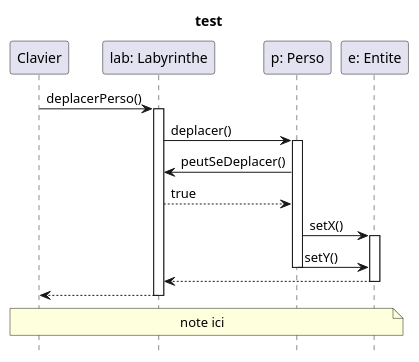
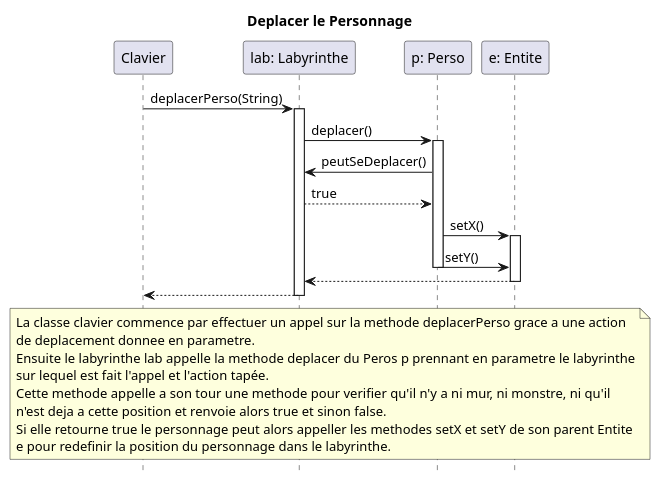
One commit to Erwanquilliou/2024_Zeldiablo_quilliou2u_leveque58u changed the diagram in zeldiablo/documents/version_1/diagseq_deplacer.puml. Above: the diagram before and after it, drawn with PlantUML. The commit also changed 6 other files, not shown here.

```diff
--- a/zeldiablo/documents/version_1/diagseq_deplacer.puml
+++ b/zeldiablo/documents/version_1/diagseq_deplacer.puml
@@ -1,31 +1,38 @@
 @startuml
 hide footbox
 
-title test
+title Deplacer le Personnage
 
 participant "Clavier" as c
 participant "lab: Labyrinthe" as l
 participant "p: Perso" as p
 participant "e: Entite" as e
 
 
-    c -> l : deplacerPerso()
+    c -> l : deplacerPerso(String)
     activate l
     l -> p : deplacer()
     activate p
     p -> l : peutSeDeplacer()
     l --> p : true
     p -> e : setX()
     activate e
      p -> e : setY()
     deactivate p
     e --> l
     deactivate e
     l--> c
     deactivate
 
 note across
-note ici
+La classe clavier commence par effectuer un appel sur la methode deplacerPerso grace a une action
+de deplacement donnee en parametre.
+Ensuite le labyrinthe lab appelle la methode deplacer du Peros p prennant en parametre le labyrinthe
+sur lequel est fait l'appel et l'action tapée.
+Cette methode appelle a son tour une methode pour verifier qu'il n'y a ni mur, ni monstre, ni qu'il
+n'est deja a cette position et renvoie alors true et sinon false.
+Si elle retourne true le personnage peut alors appeller les methodes setX et setY de son parent Entite
+e pour redefinir la position du personnage dans le labyrinthe.
 end note
 
 @enduml
```
